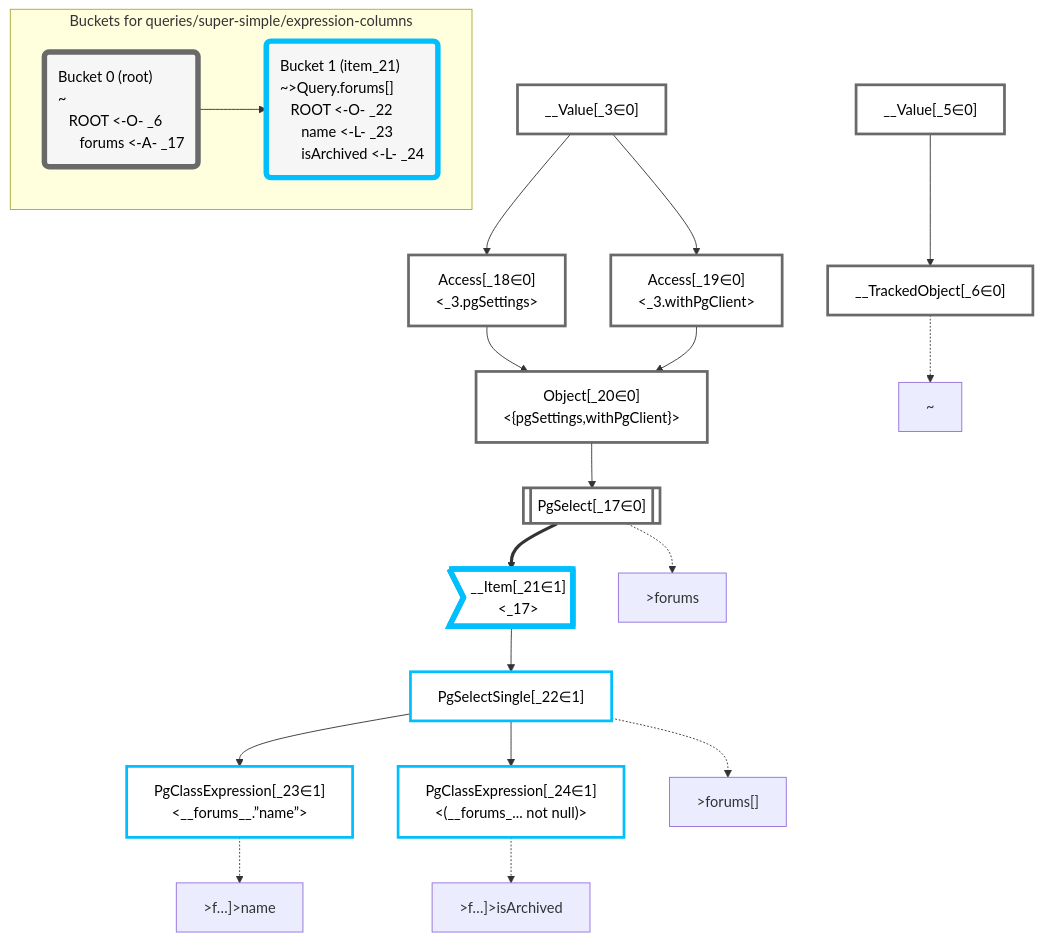
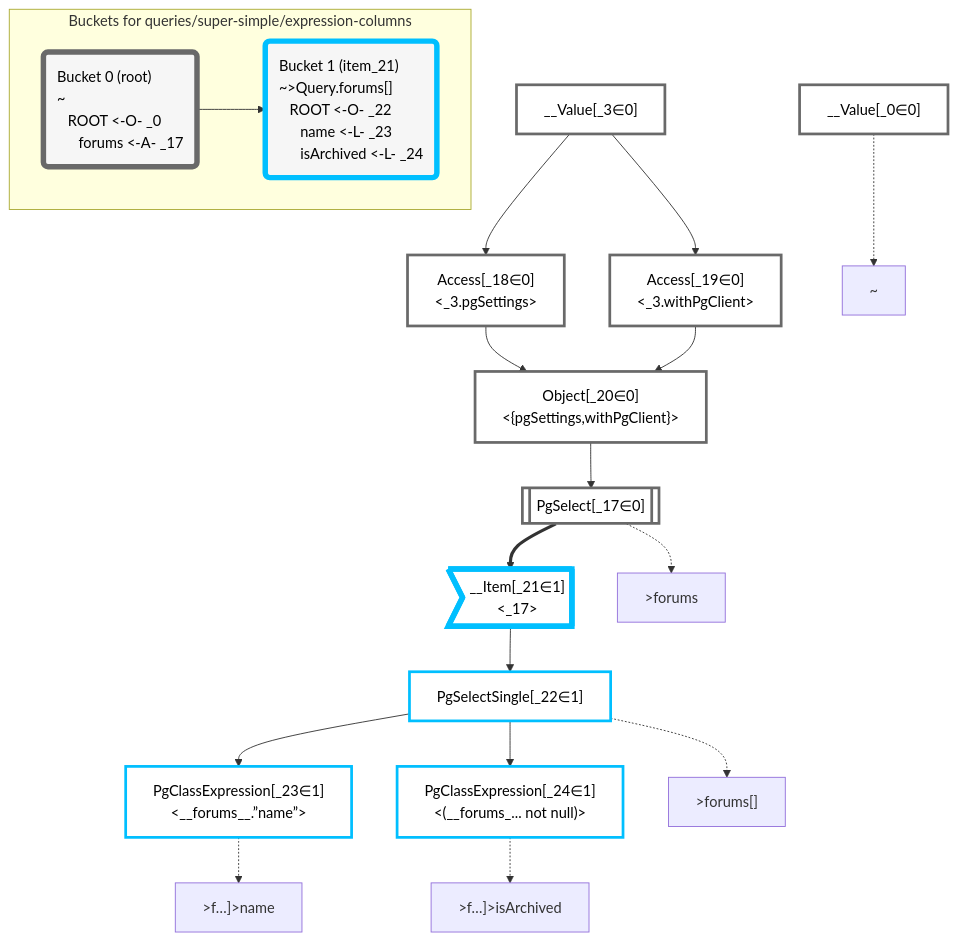
Before and after one commit to graphile/crystal: the diagram in packages/dataplan-pg/__tests__/queries/super-simple/expression-columns.mermaid.md, drawn with Mermaid. The commit also changed 193 other files, not shown here.

Commit message:
Update test plan snapshots with new root plan

````diff
--- a/packages/dataplan-pg/__tests__/queries/super-simple/expression-columns.mermaid.md
+++ b/packages/dataplan-pg/__tests__/queries/super-simple/expression-columns.mermaid.md
@@ -1,60 +1,58 @@
 ```mermaid
 graph TD
     classDef path fill:#eee,stroke:#000,color:#000
     classDef plan fill:#fff,stroke-width:3px,color:#000
     classDef itemplan fill:#fff,stroke-width:6px,color:#000
     classDef sideeffectplan fill:#f00,stroke-width:6px,color:#000
     classDef bucket fill:#f6f6f6,color:#000,stroke-width:6px,text-align:left
 
 
     %% define plans
+    __Value_0["__Value[_0∈0]"]:::plan
     __Value_3["__Value[_3∈0]<br /><context>"]:::plan
-    __Value_5["__Value[_5∈0]<br /><rootValue>"]:::plan
-    __TrackedObject_6["__TrackedObject[_6∈0]"]:::plan
     PgSelect_17[["PgSelect[_17∈0]<br /><forums>"]]:::plan
     Access_18["Access[_18∈0]<br /><_3.pgSettings>"]:::plan
     Access_19["Access[_19∈0]<br /><_3.withPgClient>"]:::plan
     Object_20["Object[_20∈0]<br /><{pgSettings,withPgClient}>"]:::plan
     __Item_21>"__Item[_21∈1]<br /><_17>"]:::itemplan
     PgSelectSingle_22["PgSelectSingle[_22∈1]<br /><forums>"]:::plan
     PgClassExpression_23["PgClassExpression[_23∈1]<br /><__forums__.”name”>"]:::plan
     PgClassExpression_24["PgClassExpression[_24∈1]<br /><(__forums_... not null)>"]:::plan
 
     %% plan dependencies
-    __Value_5 --> __TrackedObject_6
     Object_20 --> PgSelect_17
     __Value_3 --> Access_18
     __Value_3 --> Access_19
     Access_18 --> Object_20
     Access_19 --> Object_20
     PgSelect_17 ==> __Item_21
     __Item_21 --> PgSelectSingle_22
     PgSelectSingle_22 --> PgClassExpression_23
     PgSelectSingle_22 --> PgClassExpression_24
 
     %% plan-to-path relationships
-    P_6["~"]
-    __TrackedObject_6 -.-> P_6
+    P_0["~"]
+    __Value_0 -.-> P_0
     P_17[">forums"]
     PgSelect_17 -.-> P_17
     P_22[">forums[]"]
     PgSelectSingle_22 -.-> P_22
     P_23[">f…]>name"]
     PgClassExpression_23 -.-> P_23
     P_24[">f…]>isArchived"]
     PgClassExpression_24 -.-> P_24
 
     %% allocate buckets
     classDef bucket0 stroke:#696969
-    class __Value_3,__Value_5,__TrackedObject_6,PgSelect_17,Access_18,Access_19,Object_20 bucket0
+    class __Value_0,__Value_3,PgSelect_17,Access_18,Access_19,Object_20 bucket0
     classDef bucket1 stroke:#00bfff
     class __Item_21,PgSelectSingle_22,PgClassExpression_23,PgClassExpression_24 bucket1
 
     subgraph "Buckets for queries/super-simple/expression-columns"
-    Bucket0("Bucket 0 (root)<br />~<br />⠀ROOT <-O- _6<br />⠀⠀forums <-A- _17"):::bucket
+    Bucket0("Bucket 0 (root)<br />~<br />⠀ROOT <-O- _0<br />⠀⠀forums <-A- _17"):::bucket
     style Bucket0 stroke:#696969
     Bucket1("Bucket 1 (item_21)<br />~>Query.forums[]<br />⠀ROOT <-O- _22<br />⠀⠀name <-L- _23<br />⠀⠀isArchived <-L- _24"):::bucket
     style Bucket1 stroke:#00bfff
     Bucket0 --> Bucket1
     end
 ```
````
